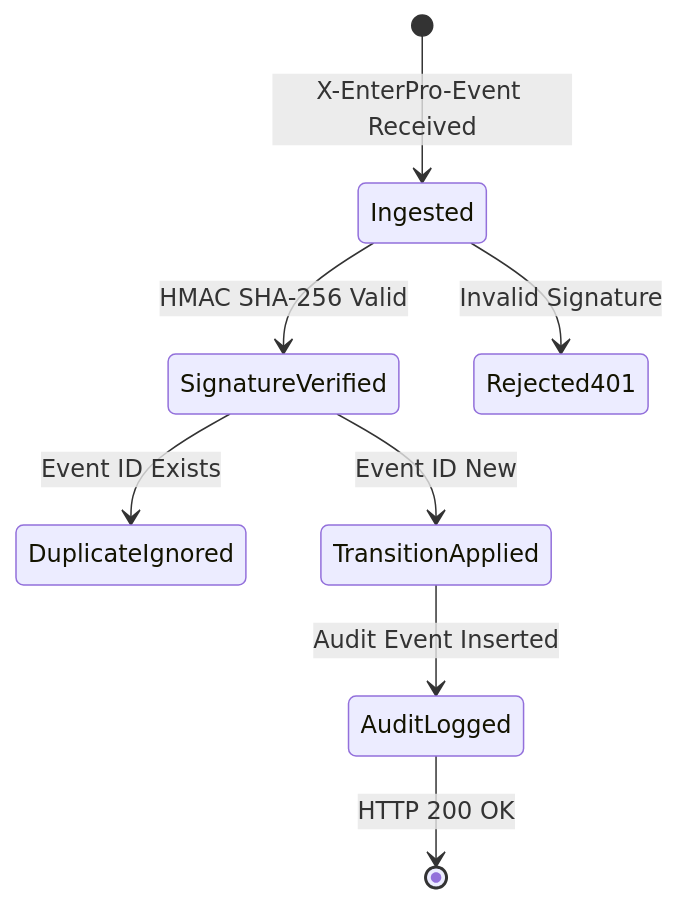
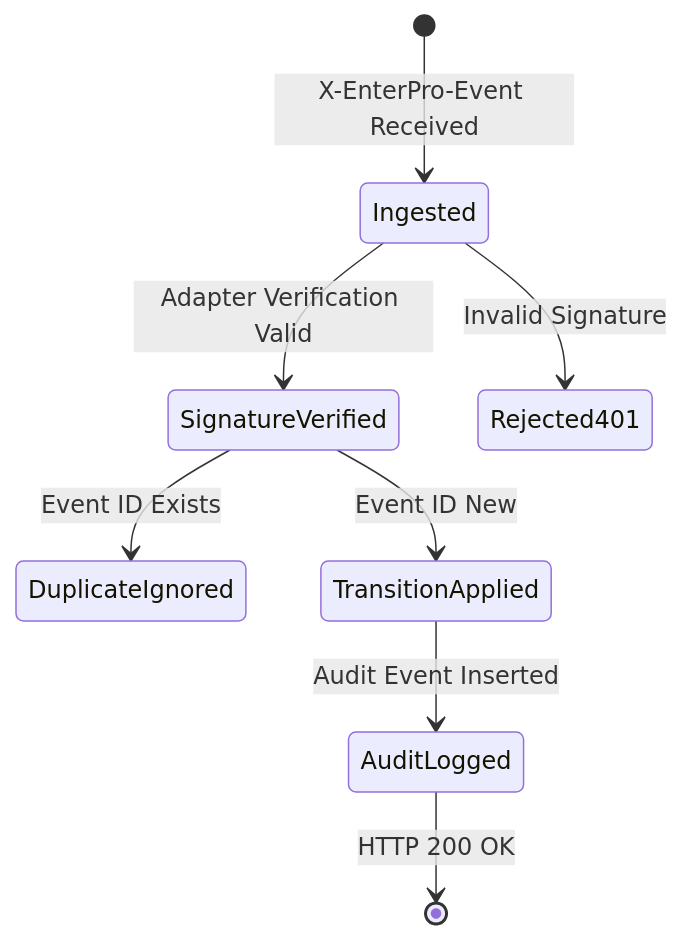
The eighth of 8 diagrams in docs/05-Database-API.md (sharancode3/WorkSense), drawn with Mermaid before and after one commit. The commit also changed other lines of this file and 10 other files, not shown here.

````diff
--- a/docs/05-Database-API.md
+++ b/docs/05-Database-API.md
@@ -1352,10 +1352,10 @@
 ```mermaid
 stateDiagram-v2
     [*] --> Ingested: X-EnterPro-Event Received
-    Ingested --> SignatureVerified: HMAC SHA-256 Valid
+    Ingested --> SignatureVerified: Adapter Verification Valid
     Ingested --> Rejected401: Invalid Signature
     SignatureVerified --> DuplicateIgnored: Event ID Exists
     SignatureVerified --> TransitionApplied: Event ID New
     TransitionApplied --> AuditLogged: Audit Event Inserted
     AuditLogged --> [*]: HTTP 200 OK
 ```
````
